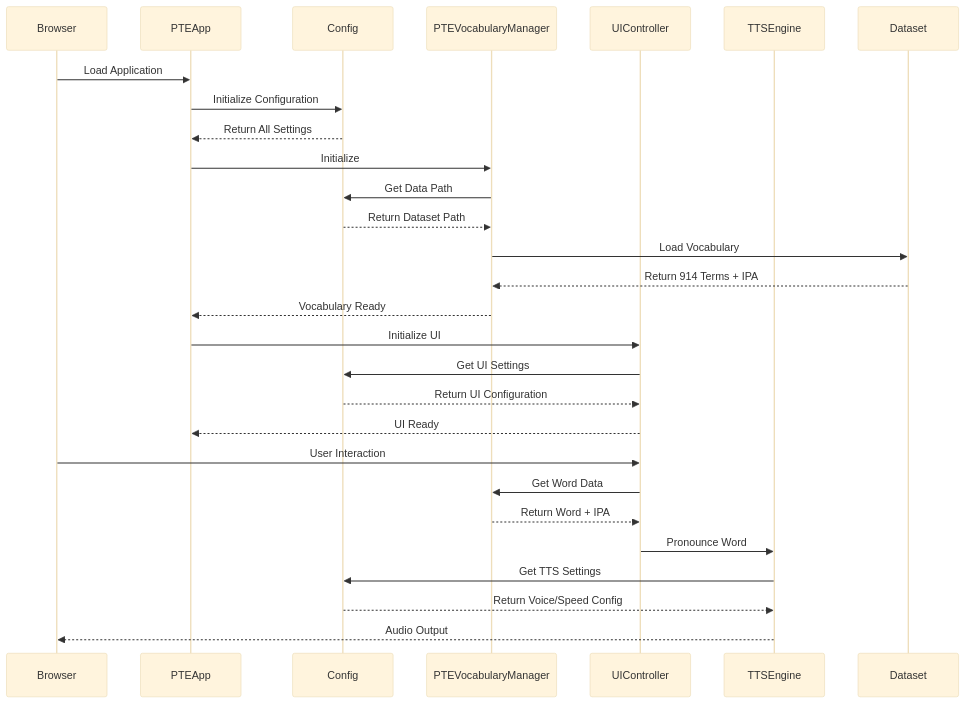
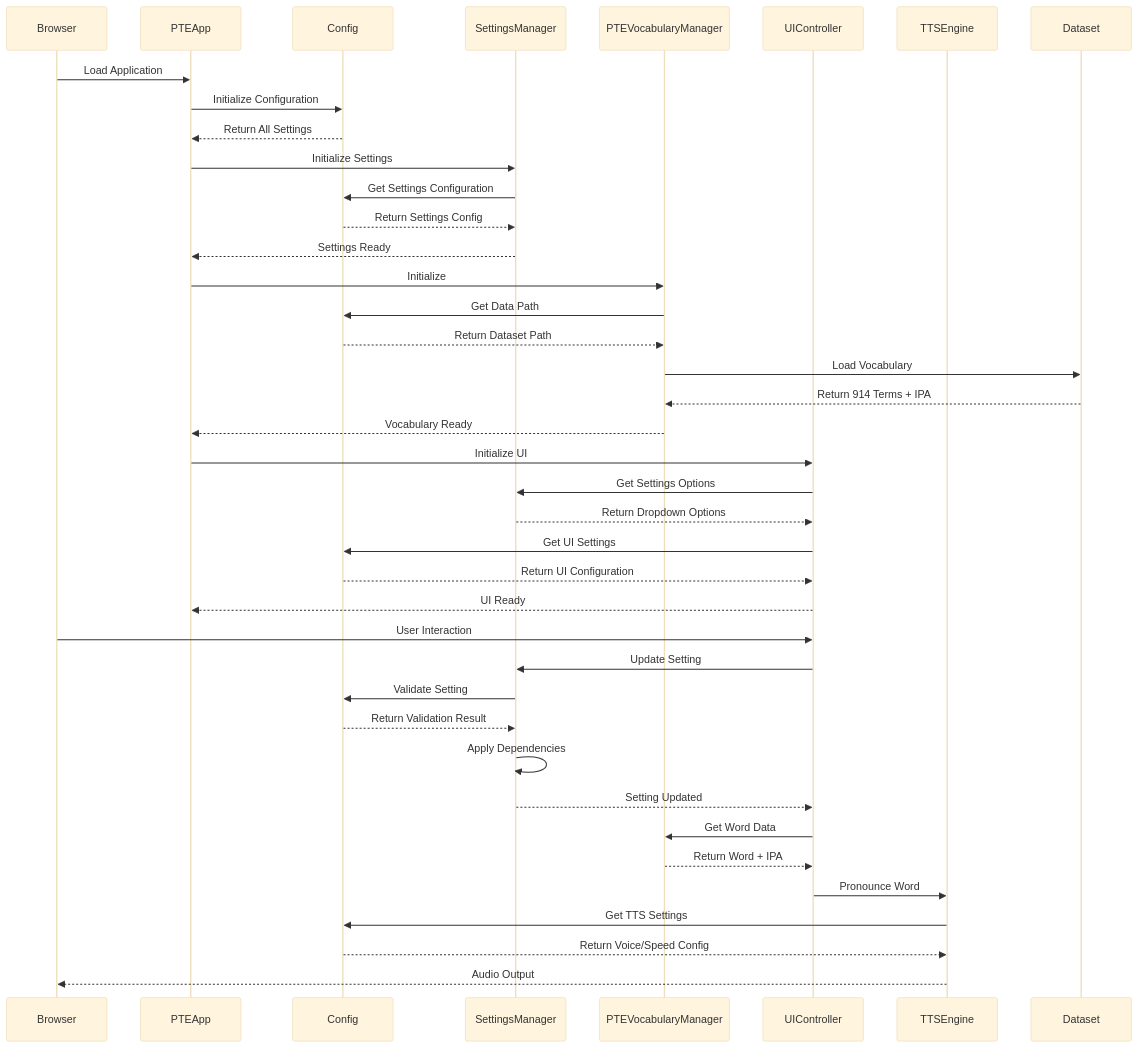
The third of 8 diagrams in docs/WORKFLOW.md (david3xu/ccl-pronunciation-trainer), drawn with Mermaid (base theme) before and after one commit. The commit also changed other lines of this file and 18 other files, not shown here.

````diff
--- a/docs/WORKFLOW.md
+++ b/docs/WORKFLOW.md
@@ -53,34 +53,47 @@
 ```mermaid
 sequenceDiagram
     participant Browser
     participant PTEApp
     participant Config
+    participant SettingsManager
     participant PTEVocabularyManager
     participant UIController
     participant TTSEngine
     participant Dataset
 
     Browser->>PTEApp: Load Application
     PTEApp->>Config: Initialize Configuration
     Config-->>PTEApp: Return All Settings
 
+    PTEApp->>SettingsManager: Initialize Settings
+    SettingsManager->>Config: Get Settings Configuration
+    Config-->>SettingsManager: Return Settings Config
+    SettingsManager-->>PTEApp: Settings Ready
+
     PTEApp->>PTEVocabularyManager: Initialize
     PTEVocabularyManager->>Config: Get Data Path
     Config-->>PTEVocabularyManager: Return Dataset Path
     PTEVocabularyManager->>Dataset: Load Vocabulary
     Dataset-->>PTEVocabularyManager: Return 914 Terms + IPA
     PTEVocabularyManager-->>PTEApp: Vocabulary Ready
 
     PTEApp->>UIController: Initialize UI
+    UIController->>SettingsManager: Get Settings Options
+    SettingsManager-->>UIController: Return Dropdown Options
     UIController->>Config: Get UI Settings
     Config-->>UIController: Return UI Configuration
     UIController-->>PTEApp: UI Ready
 
     Browser->>UIController: User Interaction
+    UIController->>SettingsManager: Update Setting
+    SettingsManager->>Config: Validate Setting
+    Config-->>SettingsManager: Return Validation Result
+    SettingsManager->>SettingsManager: Apply Dependencies
+    SettingsManager-->>UIController: Setting Updated
     UIController->>PTEVocabularyManager: Get Word Data
     PTEVocabularyManager-->>UIController: Return Word + IPA
     UIController->>TTSEngine: Pronounce Word
     TTSEngine->>Config: Get TTS Settings
     Config-->>TTSEngine: Return Voice/Speed Config
     TTSEngine-->>Browser: Audio Output
 ```
````
